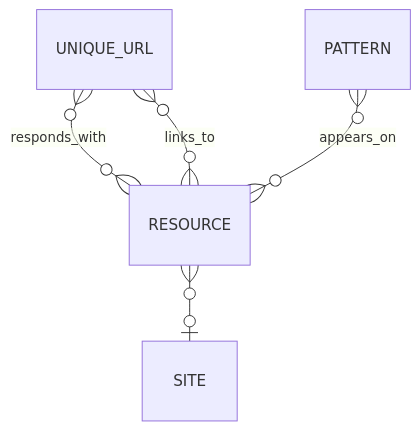
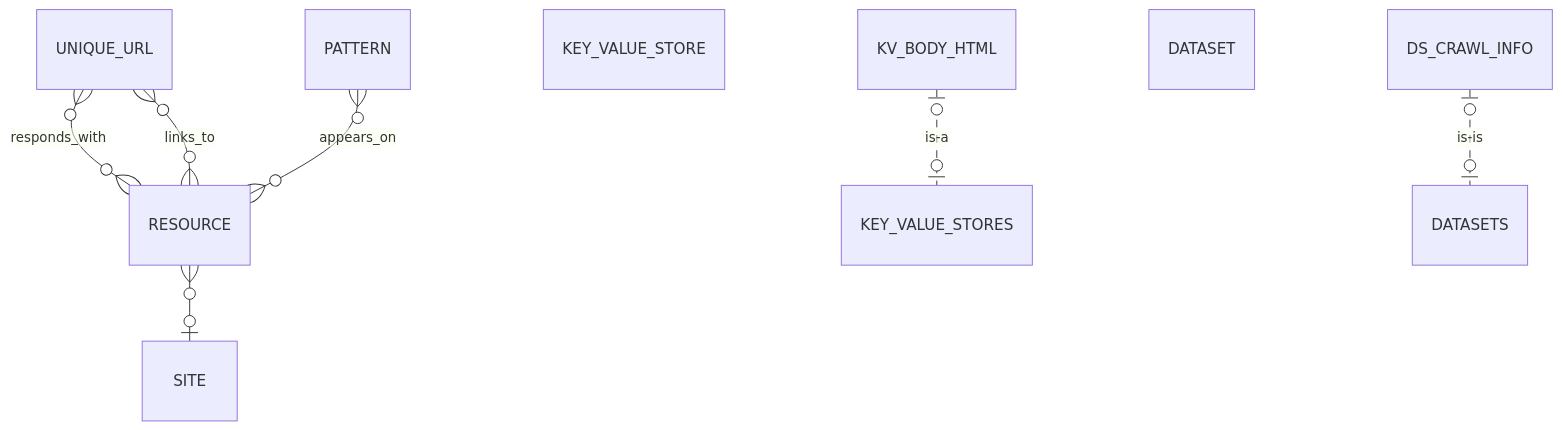
Before and after one commit to autogram-is/spidergram: the diagram in docs/MODEL.md, drawn with Mermaid. The commit also changed other lines of this file, not shown here.

````diff
--- a/docs/MODEL.md
+++ b/docs/MODEL.md
@@ -3,7 +3,11 @@
 ```mermaid
 erDiagram
     UNIQUE_URL }o--o{ RESOURCE : responds_with
     RESOURCE }o--o{ UNIQUE_URL : links_to
     RESOURCE }o--o| SITE : ""
     PATTERN }o--o{ RESOURCE : appears_on
+    KEY_VALUE_STORE
+    KV_BODY_HTML |O..O| KEY_VALUE_STORES : is-a
+    DATASET
+    DS_CRAWL_INFO |O..O| DATASETS : is-is
 ```
````
